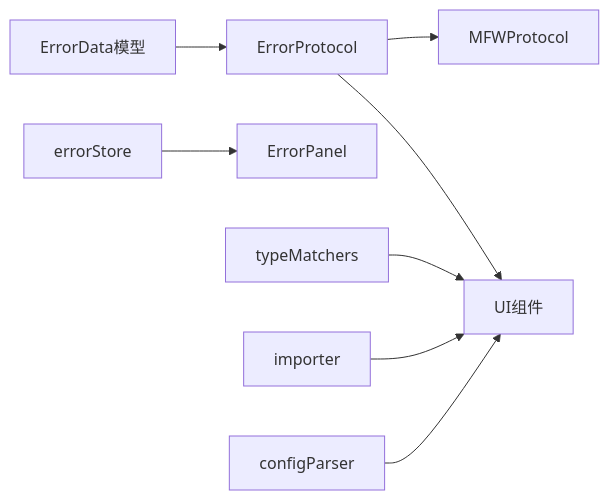
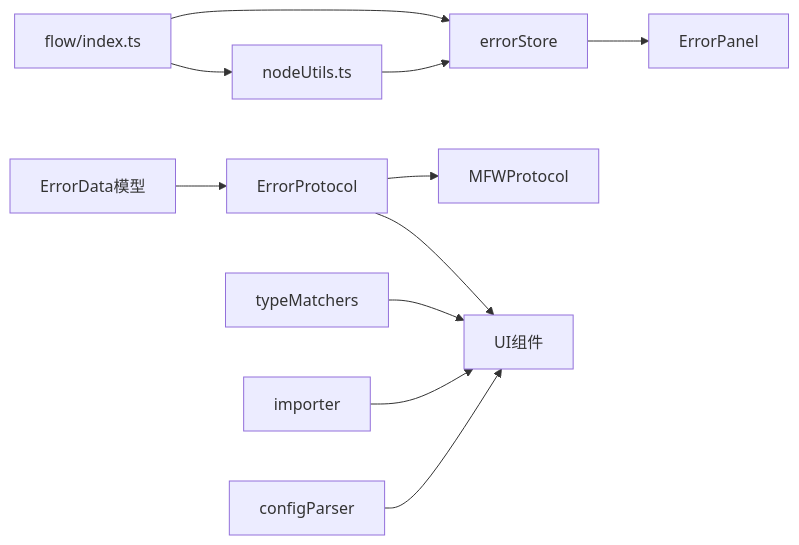
Before and after one commit to kqcoxn/MaaPipelineEditor: the sixth of 6 diagrams in .qoder/repowiki/zh/content/调试与诊断/错误诊断.md, drawn with Mermaid. The commit also changed other lines of this file and 16 other files, not shown here.

````diff
--- a/.qoder/repowiki/zh/content/调试与诊断/错误诊断.md
+++ b/.qoder/repowiki/zh/content/调试与诊断/错误诊断.md
@@ -318,10 +396,13 @@
 ```mermaid
 graph LR
 MM["ErrorData模型"] --> EP["ErrorProtocol"]
 ES["errorStore"] --> ER["ErrorPanel"]
 EP --> MFW["MFWProtocol"]
 EP --> UI["UI组件"]
+FS["flow/index.ts"] --> NU["nodeUtils.ts"]
+FS --> ES["errorStore"]
+NU --> ES
 TM["typeMatchers"] --> UI
 IM["importer"] --> UI
 CP["configParser"] --> UI
 ```
````
